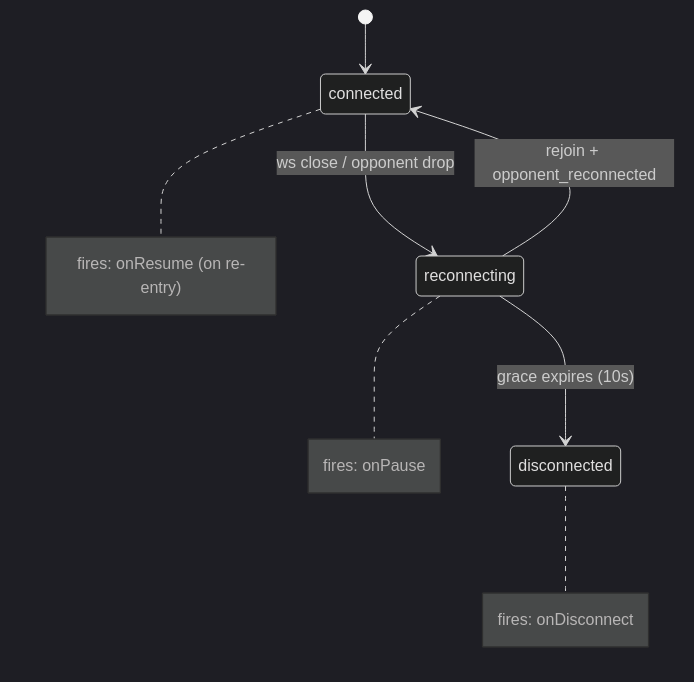
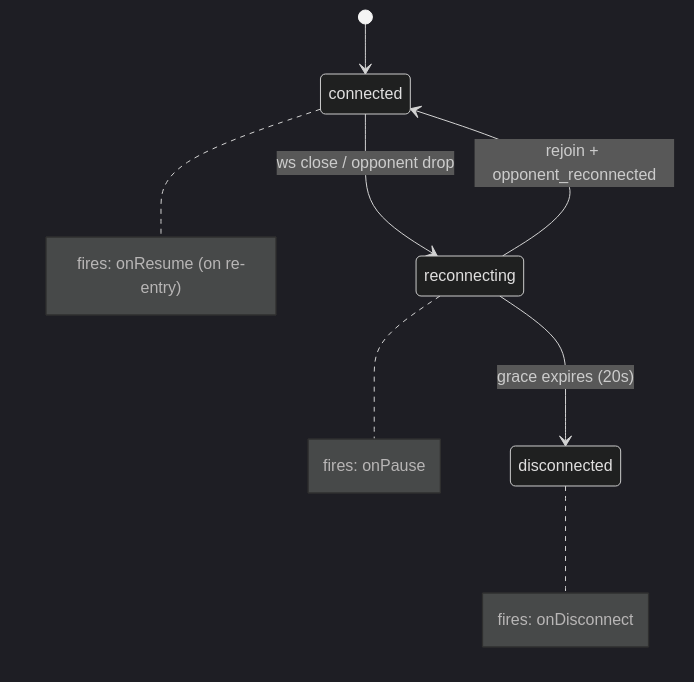
The first of 4 diagrams in docs/graceful-reconnection.md (simon0191/a-los-traques), drawn with Mermaid (dark theme) before and after one commit. The commit also changed other lines of this file and 8 other files, not shown here.

````diff
--- a/docs/graceful-reconnection.md
+++ b/docs/graceful-reconnection.md
@@ -9,17 +9,17 @@
 ```mermaid
 stateDiagram-v2
     [*] --> connected
     connected --> reconnecting : ws close / opponent drop
     reconnecting --> connected : rejoin + opponent_reconnected
-    reconnecting --> disconnected : grace expires (10s)
+    reconnecting --> disconnected : grace expires (20s)
 
     note right of reconnecting
         fires: onPause
     end note
     note right of connected
         fires: onResume (on re-entry)
     end note
     note right of disconnected
         fires: onDisconnect
     end note
 ```
````
